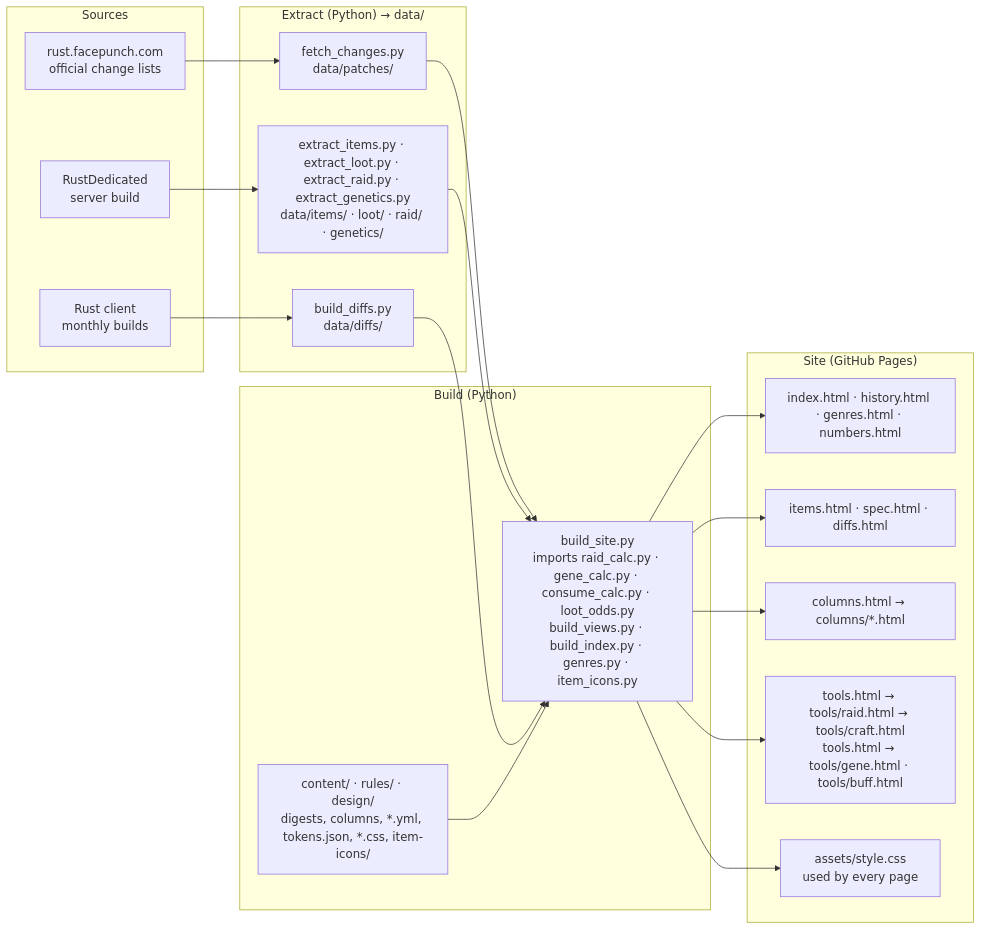
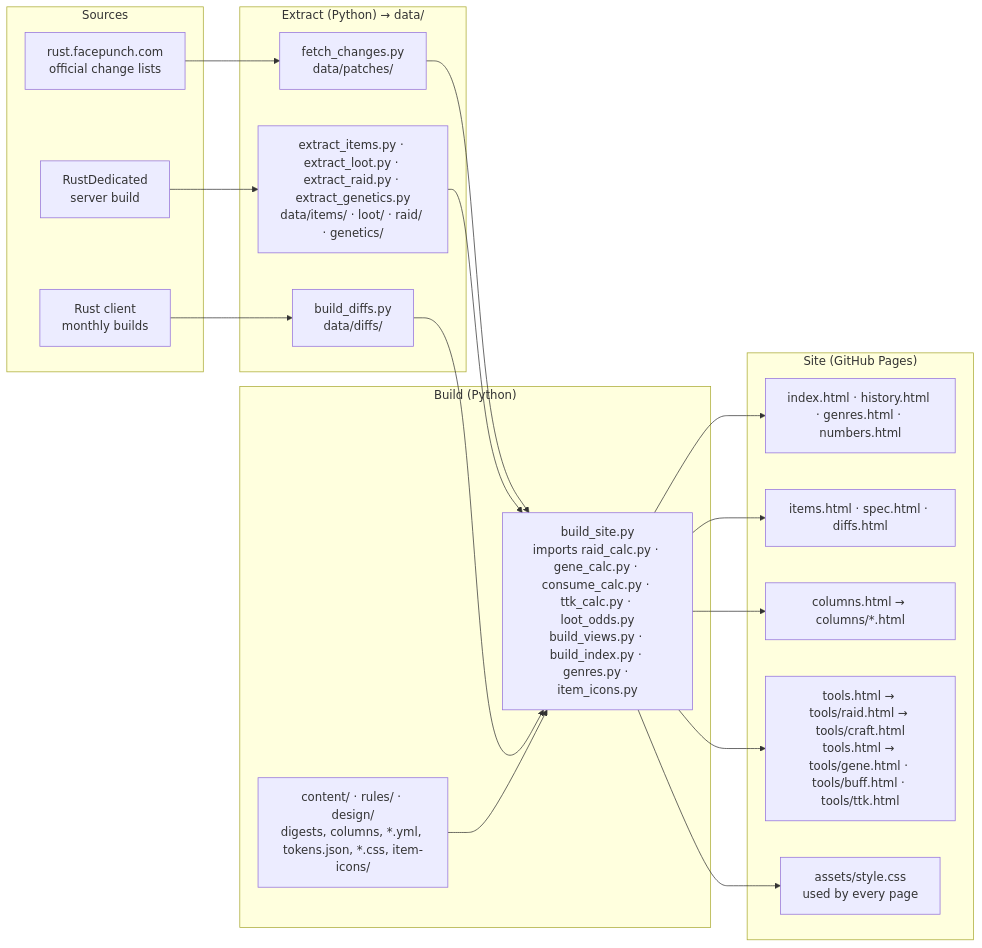
The diagram in README.en.md (maco165/rust-patch-notes), drawn with Mermaid before and after one commit. The commit also changed 10 other files, not shown here.

````diff
--- a/README.en.md
+++ b/README.en.md
@@ -13,36 +13,36 @@
 ```mermaid
 flowchart LR
   subgraph S["Sources"]
     s1["rust.facepunch.com<br/>official change lists"]
     s2["RustDedicated<br/>server build"]
     s3["Rust client<br/>monthly builds"]
   end
   subgraph E["Extract (Python) → data/"]
     e1["fetch_changes.py<br/>data/patches/"]
     e2["extract_items.py · extract_loot.py · extract_raid.py · extract_genetics.py<br/>data/items/ · loot/ · raid/ · genetics/"]
     e3["build_diffs.py<br/>data/diffs/"]
   end
   subgraph B["Build (Python)"]
-    b1["build_site.py<br/>imports raid_calc.py · gene_calc.py · consume_calc.py · loot_odds.py<br/>build_views.py · build_index.py · genres.py · item_icons.py"]
+    b1["build_site.py<br/>imports raid_calc.py · gene_calc.py · consume_calc.py · ttk_calc.py · loot_odds.py<br/>build_views.py · build_index.py · genres.py · item_icons.py"]
     b2["content/ · rules/ · design/<br/>digests, columns, *.yml, tokens.json, *.css, item-icons/"]
   end
   subgraph W["Site (GitHub Pages)"]
     w1["index.html · history.html · genres.html · numbers.html"]
     w2["items.html · spec.html · diffs.html"]
     w3["columns.html → columns/*.html"]
-    w4["tools.html → tools/raid.html → tools/craft.html<br/>tools.html → tools/gene.html · tools/buff.html"]
+    w4["tools.html → tools/raid.html → tools/craft.html<br/>tools.html → tools/gene.html · tools/buff.html · tools/ttk.html"]
     w5["assets/style.css<br/>used by every page"]
   end
   s1 --> e1
   s2 --> e2
   s3 --> e3
   e1 --> b1
   e2 --> b1
   e3 --> b1
   b2 --> b1
   b1 --> w1
   b1 --> w2
   b1 --> w3
   b1 --> w4
   b1 --> w5
 ```
````
